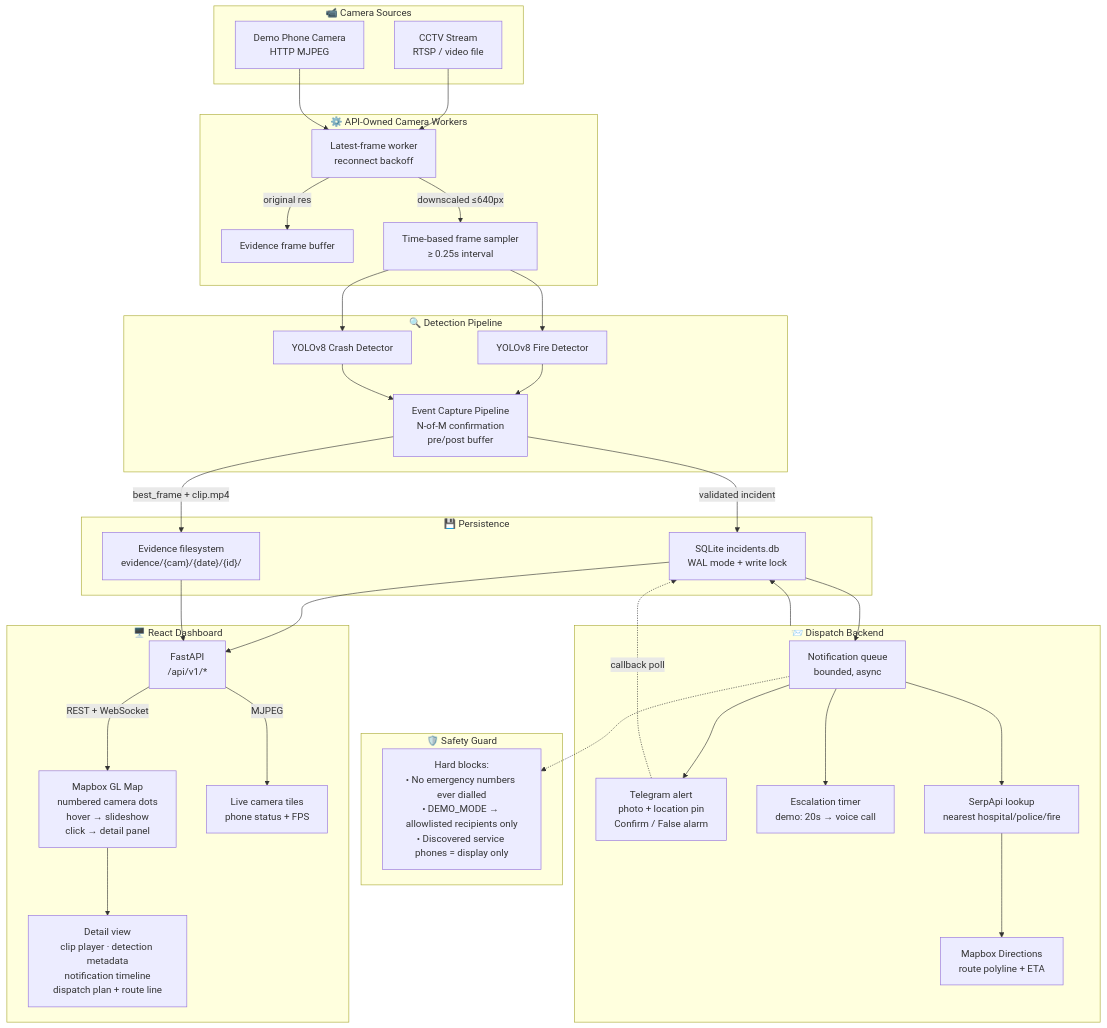
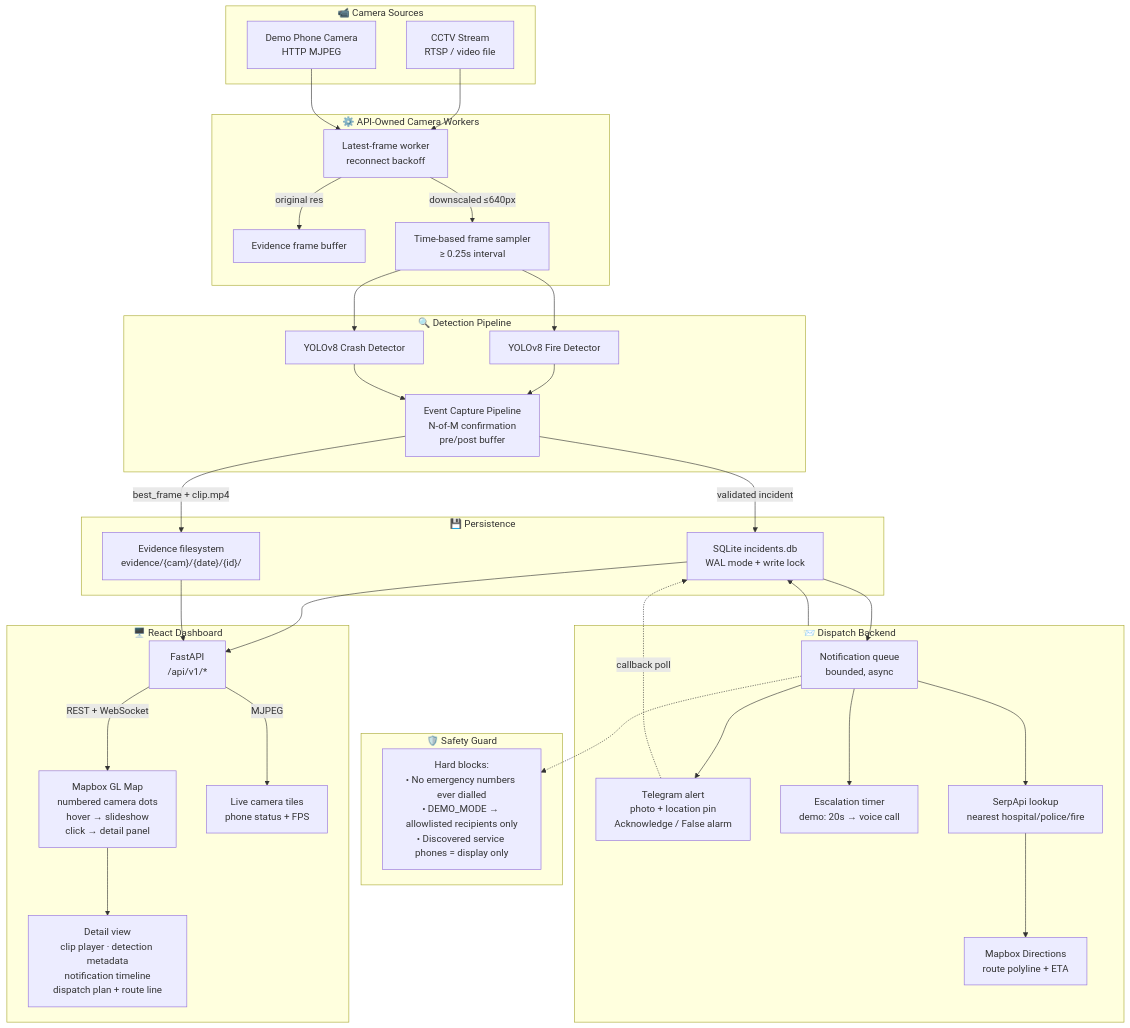
Before and after one commit to Piyush5525/cctv_detection: the diagram in WomenSafety/docs/ARCHITECTURE.md, drawn with Mermaid. The commit also changed other lines of this file and 19 other files, not shown here.

````diff
--- a/WomenSafety/docs/ARCHITECTURE.md
+++ b/WomenSafety/docs/ARCHITECTURE.md
@@ -5,52 +5,52 @@
 ```mermaid
 flowchart TB
     subgraph Input["📹 Camera Sources"]
         CCTV["CCTV Stream<br/>RTSP / video file"]
         Phone["Demo Phone Camera<br/>HTTP MJPEG"]
     end
 
     subgraph Workers["⚙️ API-Owned Camera Workers"]
         W1["Latest-frame worker<br/>reconnect backoff"]
         W1 -->|"original res"| Evidence["Evidence frame buffer"]
         W1 -->|"downscaled ≤640px"| Sampler["Time-based frame sampler<br/>≥ 0.25s interval"]
     end
 
     subgraph Detection["🔍 Detection Pipeline"]
         Sampler --> FireDet["YOLOv8 Fire Detector"]
         Sampler --> CrashDet["YOLOv8 Crash Detector"]
         FireDet --> Capture["Event Capture Pipeline<br/>N-of-M confirmation<br/>pre/post buffer"]
         CrashDet --> Capture
     end
 
     subgraph Storage["💾 Persistence"]
         Capture -->|"best_frame + clip.mp4"| EvidenceFS["Evidence filesystem<br/>evidence/{cam}/{date}/{id}/"]
         Capture -->|"validated incident"| SQLite["SQLite incidents.db<br/>WAL mode + write lock"]
     end
 
     subgraph Dispatch["📨 Dispatch Backend"]
         SQLite --> NQ["Notification queue<br/>bounded, async"]
-        NQ --> Telegram["Telegram alert<br/>photo + location pin<br/>Confirm / False alarm"]
+        NQ --> Telegram["Telegram alert<br/>photo + location pin<br/>Acknowledge / False alarm"]
         NQ --> Escalation["Escalation timer<br/>demo: 20s → voice call"]
         NQ --> SerpApi["SerpApi lookup<br/>nearest hospital/police/fire"]
         SerpApi --> Mapbox["Mapbox Directions<br/>route polyline + ETA"]
         Telegram -.->|"callback poll"| SQLite
     end
 
     subgraph SafetyLayer["🛡️ Safety Guard"]
         SG["Hard blocks:<br/>• No emergency numbers ever dialled<br/>• DEMO_MODE → allowlisted recipients only<br/>• Discovered service phones = display only"]
     end
 
     subgraph Frontend["🖥️ React Dashboard"]
         API["FastAPI<br/>/api/v1/*"]
         API -->|"REST + WebSocket"| MapView["Mapbox GL Map<br/>numbered camera dots<br/>hover → slideshow<br/>click → detail panel"]
         API -->|"MJPEG"| LivePanel["Live camera tiles<br/>phone status + FPS"]
         MapView --> Detail["Detail view<br/>clip player · detection metadata<br/>notification timeline<br/>dispatch plan + route line"]
     end
 
     CCTV --> W1
     Phone --> W1
     SQLite --> API
     EvidenceFS --> API
     Dispatch --> SQLite
     NQ -.-> SG
 ```
````
